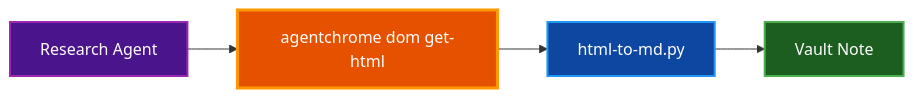
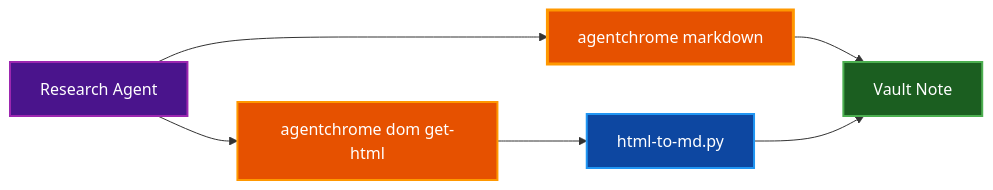
One commit to paulrobello/parsidion changed the diagram in docs/AGENTCHROME.md. Above: the diagram before and after it, drawn with Mermaid. The commit also changed other lines of this file and 11 other files, not shown here.

````diff
--- a/docs/AGENTCHROME.md
+++ b/docs/AGENTCHROME.md
@@ -32,16 +32,20 @@
 ```mermaid
 graph LR
     Agent[Research Agent]
+    MD[agentchrome markdown]
     AC[agentchrome dom get-html]
     H2M[html-to-md.py]
     Vault[Vault Note]
 
+    Agent --> MD
+    MD --> Vault
     Agent --> AC
     AC --> H2M
     H2M --> Vault
 
     style Agent fill:#4a148c,stroke:#9c27b0,stroke-width:2px,color:#ffffff
-    style AC fill:#e65100,stroke:#ff9800,stroke-width:3px,color:#ffffff
+    style MD fill:#e65100,stroke:#ff9800,stroke-width:3px,color:#ffffff
+    style AC fill:#e65100,stroke:#ff9800,stroke-width:2px,color:#ffffff
     style H2M fill:#0d47a1,stroke:#2196f3,stroke-width:2px,color:#ffffff
     style Vault fill:#1b5e20,stroke:#4caf50,stroke-width:2px,color:#ffffff
 ```
````
